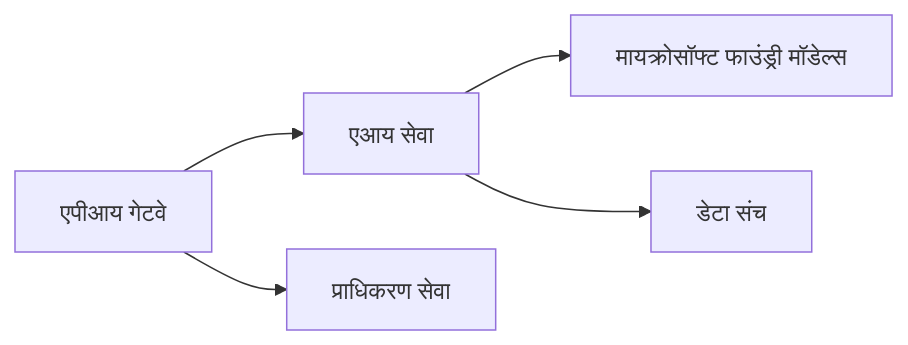
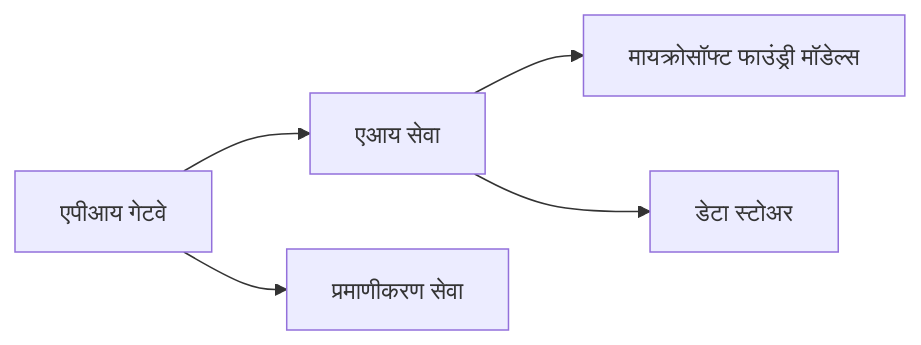
Before and after one commit to microsoft/AZD-for-beginners: the first of 2 diagrams in translations/mr/docs/chapter-08-production/README.md, drawn with Mermaid. The commit also changed other lines of this file and 101 other files, not shown here.

````diff
--- a/translations/mr/docs/chapter-08-production/README.md
+++ b/translations/mr/docs/chapter-08-production/README.md
@@ -46,6 +48,6 @@
 ```mermaid
 graph LR
     Gateway[एपीआय गेटवे] --> AI[एआय सेवा] --> Models[मायक्रोसॉफ्ट फाउंड्री मॉडेल्स]
-    Gateway --> Auth[प्राधिकरण सेवा]
-    AI --> Data[डेटा संच]
+    Gateway --> Auth[प्रमाणीकरण सेवा]
+    AI --> Data[डेटा स्टोअर]
 ```
````
